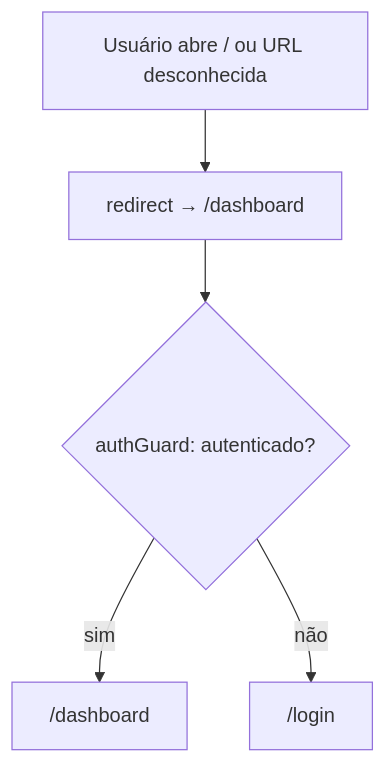
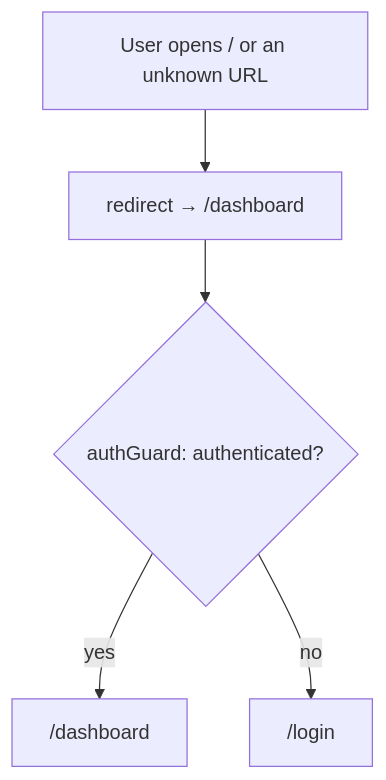
One commit to MatheusWith/Rumoo changed the sixth of 7 diagrams in docs/auth/authentication-authorization.md. Above: the diagram before and after it, drawn with Mermaid. The commit also changed other lines of this file, not shown here.

First line of the commit message:
docs: translate auth reference to English and align it with routes and token contract

````diff
--- a/docs/auth/authentication-authorization.md
+++ b/docs/auth/authentication-authorization.md
@@ -252,7 +266,7 @@
 ```mermaid
 flowchart TD
-    R["Usuário abre / ou URL desconhecida"] --> S["redirect → /dashboard"]
-    S --> T{authGuard: autenticado?}
-    T -->|"sim"| U["/dashboard"]
-    T -->|"não"| V["/login"]
+    R["User opens / or an unknown URL"] --> S["redirect → /dashboard"]
+    S --> T{authGuard: authenticated?}
+    T -->|"yes"| U["/dashboard"]
+    T -->|"no"| V["/login"]
 ```
````
